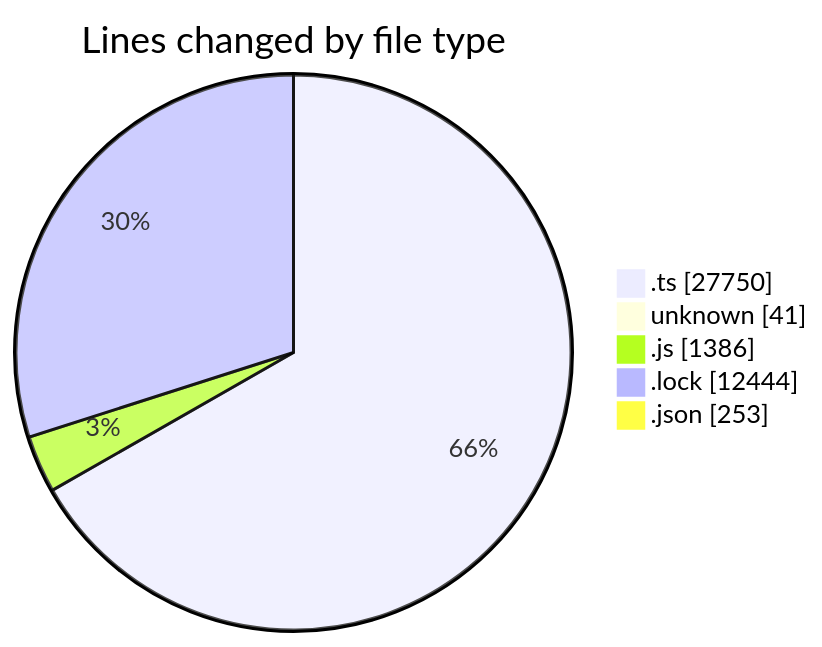
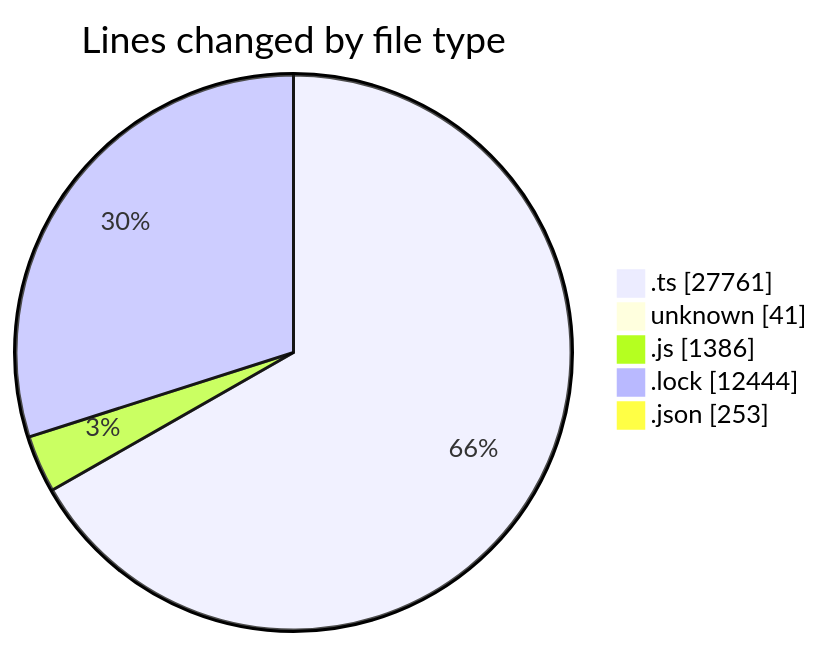
The first of 2 diagrams in 2025-08-18/cda/README.md (momahboobian/code-tracking), drawn with Mermaid before and after one commit. The commit also changed other lines of this file and 1 other file, not shown here.

````diff
--- a/2025-08-18/cda/README.md
+++ b/2025-08-18/cda/README.md
@@ -39,9 +39,9 @@
 ```mermaid
 pie showData
 title Lines changed by file type
-".ts" : 27750
+".ts" : 27761
 "unknown" : 41
 ".js" : 1386
 ".lock" : 12444
 ".json" : 253
 ```
````
